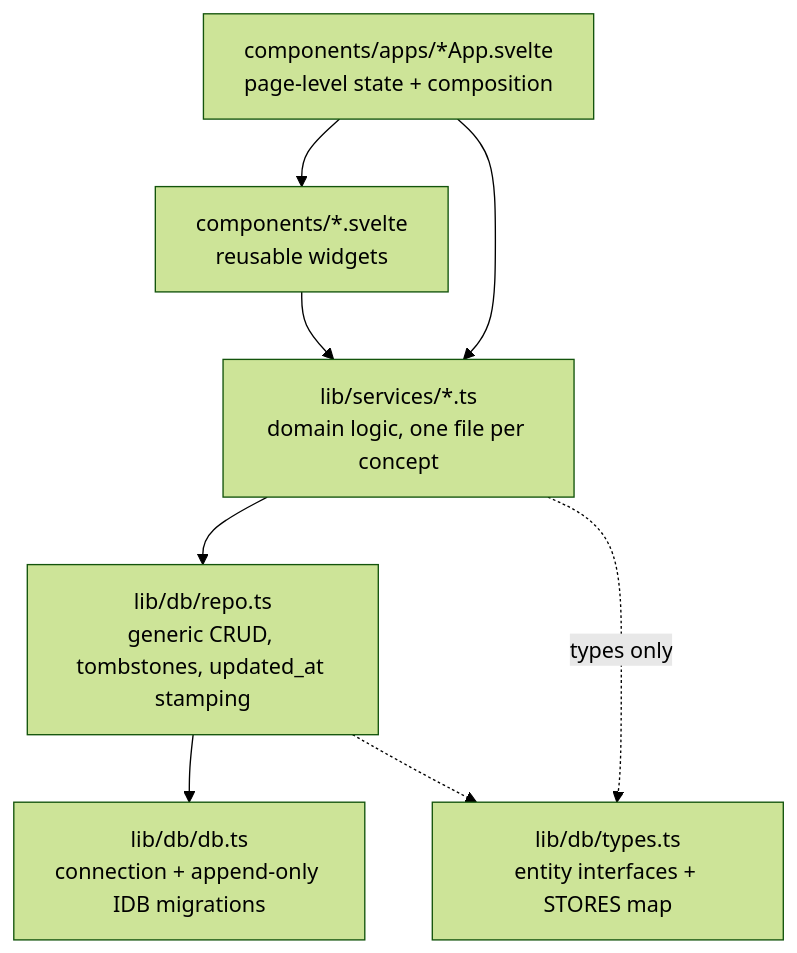
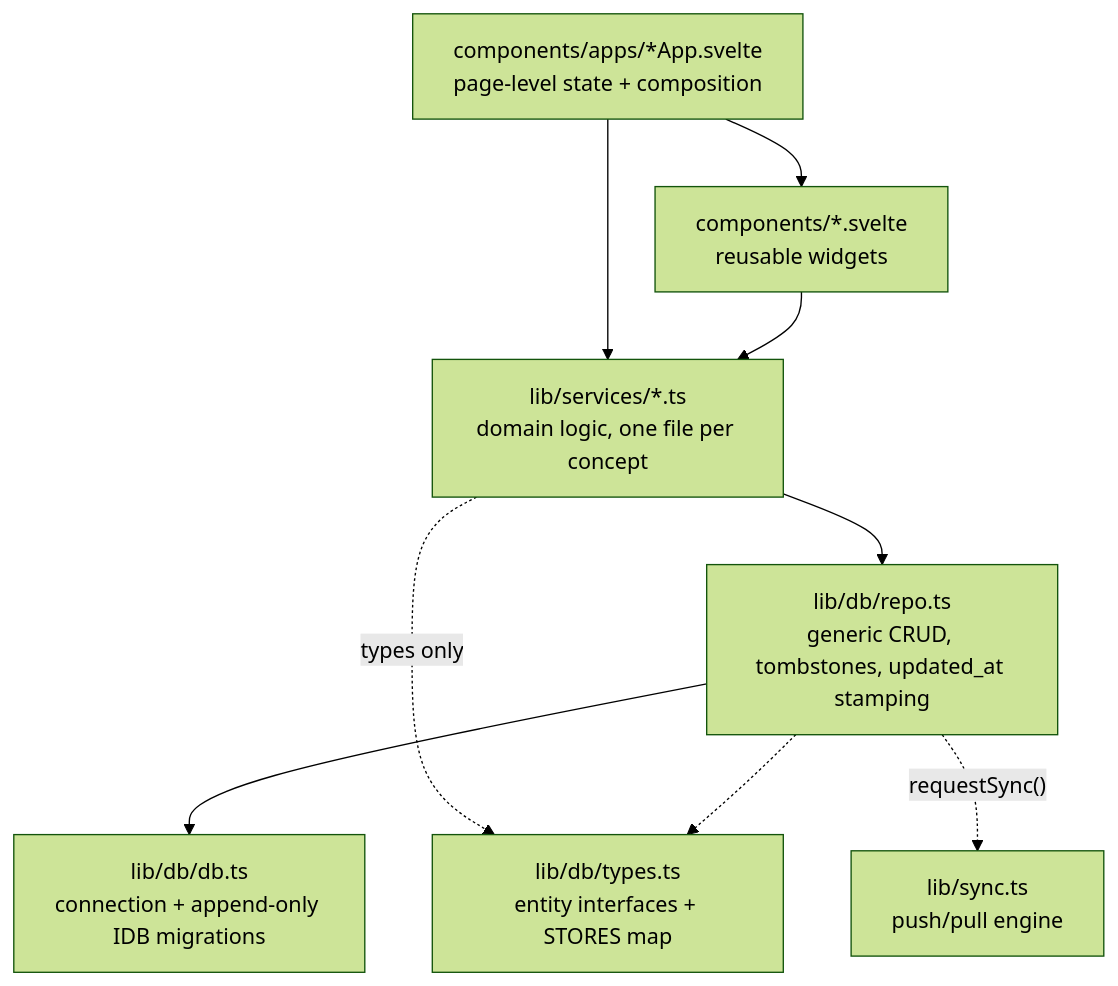
Before and after one commit to Kieran-s-Artisnal-Slop-Factory/readerr: the second of 3 diagrams in docs/dev/architecture.md, drawn with Mermaid (forest theme). The commit also changed other lines of this file and 47 other files, not shown here.

````diff
--- a/docs/dev/architecture.md
+++ b/docs/dev/architecture.md
@@ -132,16 +142,18 @@
 ```mermaid
 flowchart TD
     A["components/apps/*App.svelte<br/>page-level state + composition"]
     C["components/*.svelte<br/>reusable widgets"]
     S["lib/services/*.ts<br/>domain logic, one file per concept"]
     R["lib/db/repo.ts<br/>generic CRUD, tombstones, updated_at stamping"]
     D["lib/db/db.ts<br/>connection + append-only IDB migrations"]
     T["lib/db/types.ts<br/>entity interfaces + STORES map"]
+    Y["lib/sync.ts<br/>push/pull engine"]
     A --> C
     A --> S
     C --> S
     S --> R
     R --> D
     S -.->|types only| T
     R -.-> T
+    R -.->|"requestSync()"| Y
 ```
````
